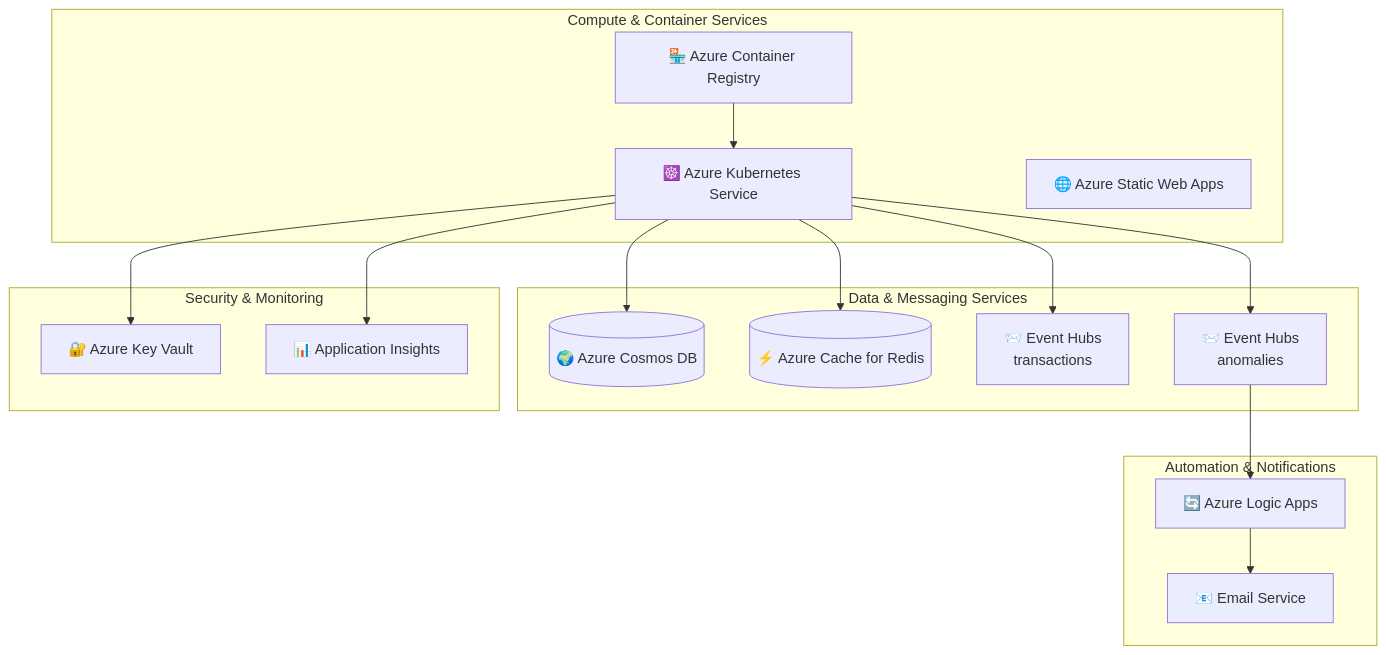
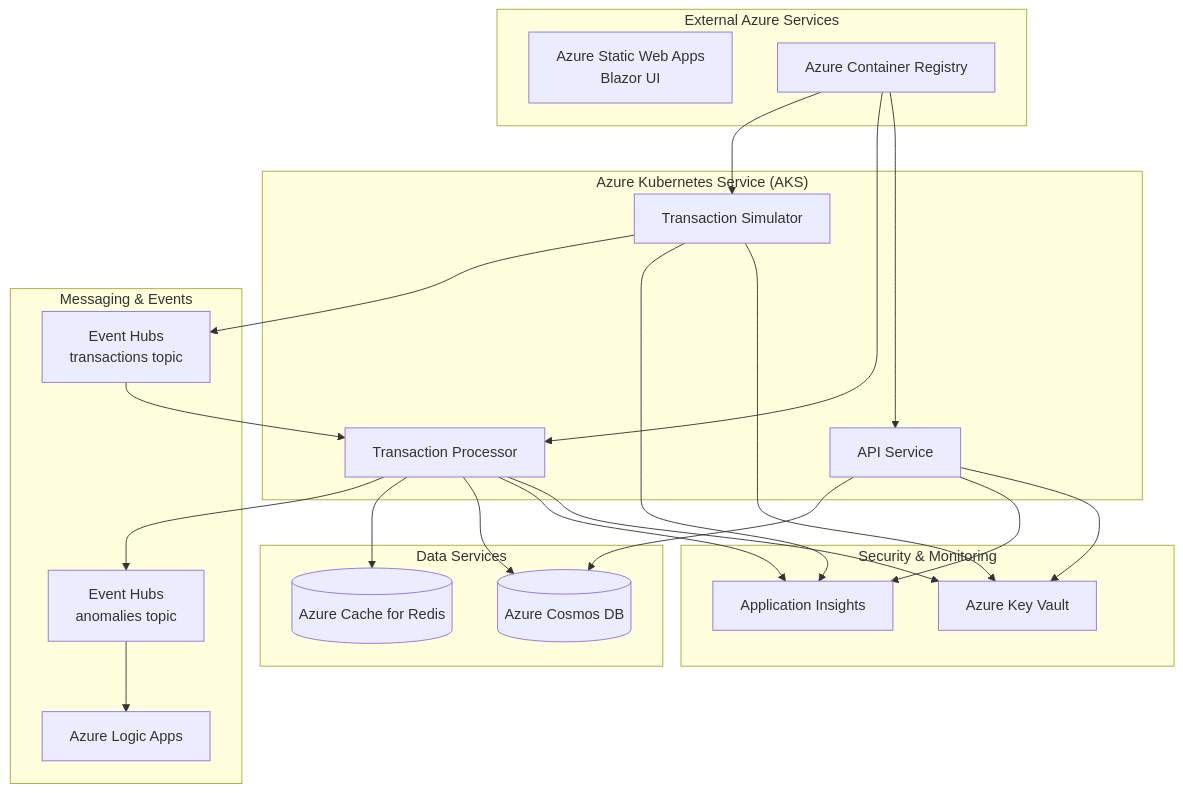
One commit to JonathanHidalgoN/RealTimeTransactionMonitoring changed the second of 4 diagrams in README.md. Above: the diagram before and after it, drawn with Mermaid. The commit also changed other lines of this file, not shown here.

Commit message:
Improve readme diagram

````diff
--- a/README.md
+++ b/README.md
@@ -50,35 +52,53 @@
 ```mermaid
 graph TB
-    subgraph "Compute & Container Services"
-        AKS[☸️ Azure Kubernetes Service]
-        ACR[🏪 Azure Container Registry]
-        SWA[🌐 Azure Static Web Apps]
+    subgraph "Azure Kubernetes Service (AKS)"
+        API[API Service]
+        PROC[Transaction Processor]
+        SIM[Transaction Simulator]
     end
     
-    subgraph "Data & Messaging Services"
-        COSMOS[(🌍 Azure Cosmos DB)]
-        REDIS[(⚡ Azure Cache for Redis)]
-        EH_TRANS[📨 Event Hubs<br/>transactions]
-        EH_ANOM[📨 Event Hubs<br/>anomalies]
+    subgraph "External Azure Services"
+        SWA[Azure Static Web Apps<br/>Blazor UI]
+        ACR[Azure Container Registry]
+    end
+    
+    subgraph "Data Services"
+        COSMOS[(Azure Cosmos DB)]
+        REDIS[(Azure Cache for Redis)]
+    end
+    
+    subgraph "Messaging & Events"
+        EH_TRANS[Event Hubs<br/>transactions topic]
+        EH_ANOM[Event Hubs<br/>anomalies topic]
+        LOGIC[Azure Logic Apps]
     end
     
     subgraph "Security & Monitoring"
-        KV[🔐 Azure Key Vault]
-        INSIGHTS[📊 Application Insights]
+        KV[Azure Key Vault]
+        INSIGHTS[Application Insights]
     end
     
-    subgraph "Automation & Notifications"
-        LOGIC[🔄 Azure Logic Apps]
-        EMAIL[📧 Email Service]
-    end
+    %% All AKS services connect to Key Vault and App Insights
+    API --> KV
+    PROC --> KV
+    SIM --> KV
+    API --> INSIGHTS
+    PROC --> INSIGHTS
+    SIM --> INSIGHTS
     
-    ACR --> AKS
-    AKS --> COSMOS
-    AKS --> REDIS
-    AKS --> EH_TRANS
-    AKS --> EH_ANOM
-    AKS --> KV
-    AKS --> INSIGHTS
+    %% Data connections
+    API --> COSMOS
+    PROC --> COSMOS
+    PROC --> REDIS
+    
+    %% Event flow
+    SIM --> EH_TRANS
+    EH_TRANS --> PROC
+    PROC --> EH_ANOM
     EH_ANOM --> LOGIC
-    LOGIC --> EMAIL
+    
+    %% Container registry
+    ACR --> API
+    ACR --> PROC
+    ACR --> SIM
 ```
````
